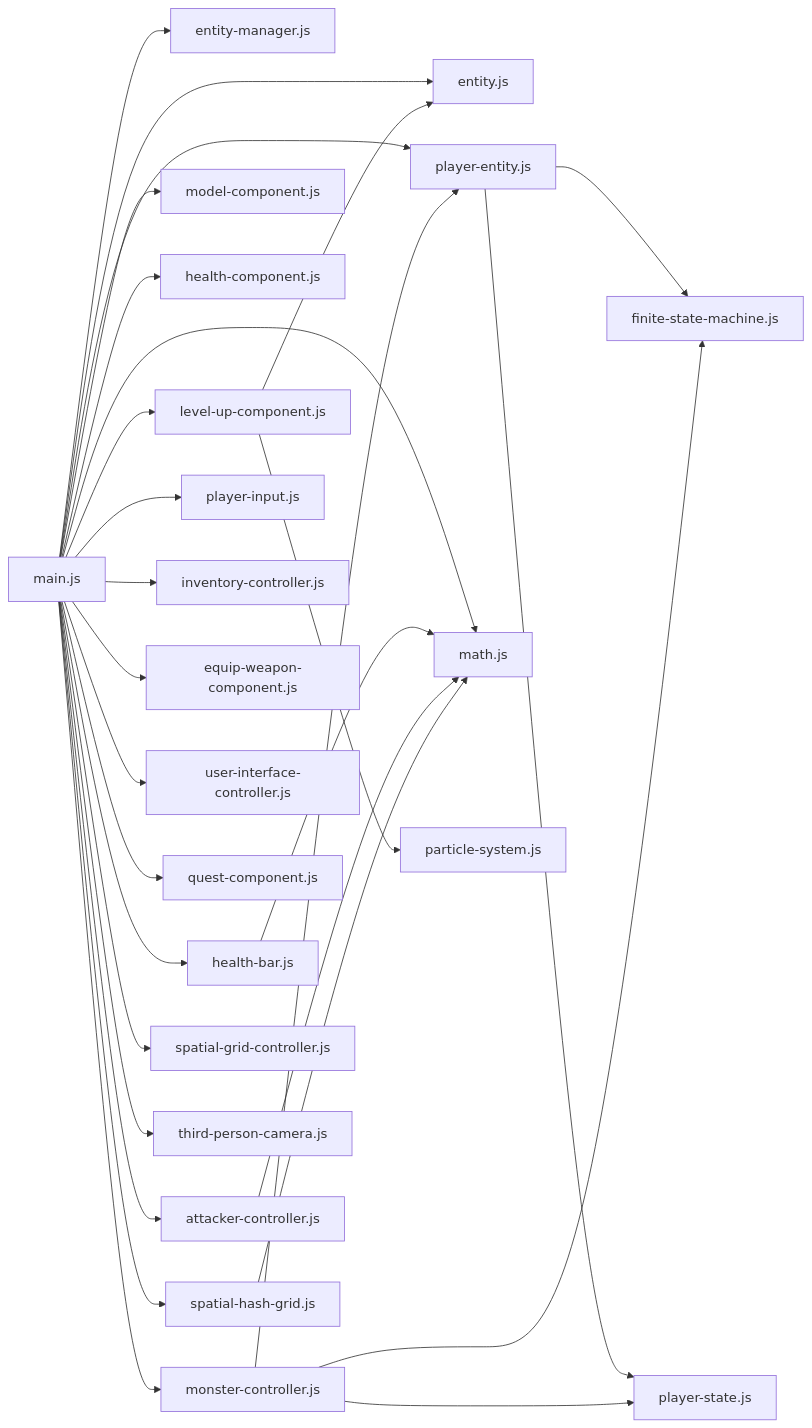
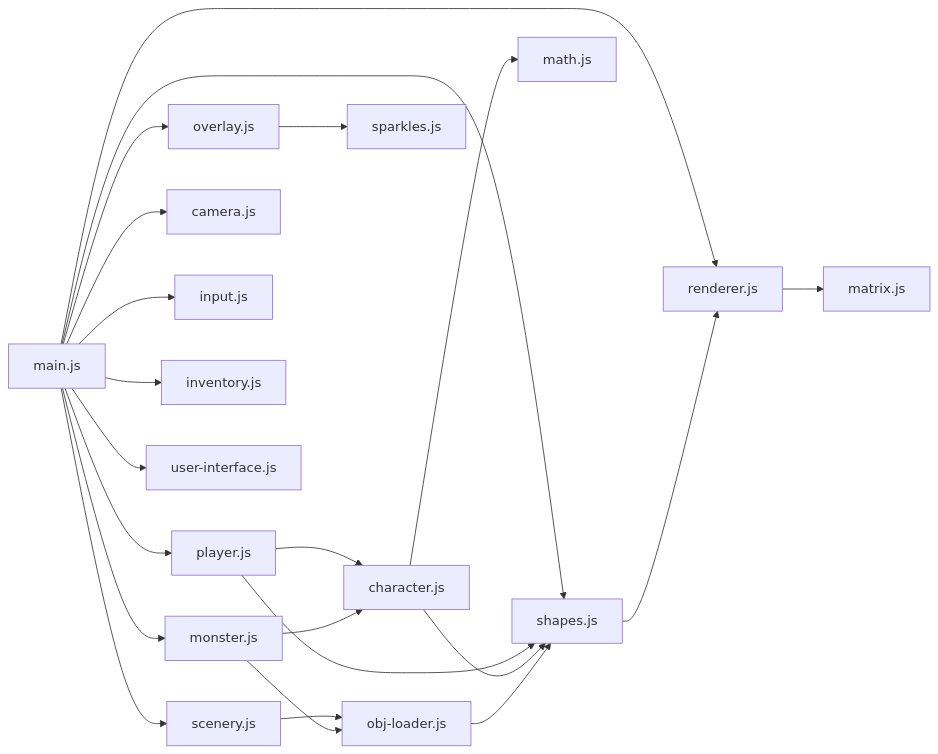
One commit to rockie-yang/Quick_3D_RPG changed the second of 2 diagrams in docs/03-architecture.md. Above: the diagram before and after it, drawn with Mermaid. The commit also changed other lines of this file and 48 other files, not shown here.

First line of the commit message:
Replace three.js with a small WebGPU renderer; simplify the architecture

````diff
--- a/docs/03-architecture.md
+++ b/docs/03-architecture.md
@@ -182,53 +106,19 @@
 ```mermaid
 flowchart LR
-    Main["main.js"]
-    Entity["entity.js"]
-    EntityManager["entity-manager.js"]
-    SpatialHashGrid["spatial-hash-grid.js"]
-    PlayerEntity["player-entity.js"]
-    MonsterController["monster-controller.js"]
-    ModelComponent["model-component.js"]
-    HealthComponent["health-component.js"]
-    HealthBar["health-bar.js"]
-    AttackerController["attacker-controller.js"]
-    PlayerInput["player-input.js"]
-    InventoryController["inventory-controller.js"]
-    EquipWeaponComponent["equip-weapon-component.js"]
-    UserInterfaceController["user-interface-controller.js"]
-    QuestComponent["quest-component.js"]
-    LevelUpComponent["level-up-component.js"]
-    SpatialGridController["spatial-grid-controller.js"]
-    ThirdPersonCamera["third-person-camera.js"]
-    Math["math.js"]
-    FiniteStateMachine["finite-state-machine.js"]
-    PlayerState["player-state.js"]
-    ParticleSystem["particle-system.js"]
-    Main --> Entity
-    Main --> EntityManager
-    Main --> SpatialHashGrid
-    Main --> PlayerEntity
-    Main --> MonsterController
-    Main --> ModelComponent
-    Main --> HealthComponent
-    Main --> HealthBar
-    Main --> AttackerController
-    Main --> PlayerInput
-    Main --> InventoryController
-    Main --> EquipWeaponComponent
-    Main --> UserInterfaceController
-    Main --> QuestComponent
-    Main --> LevelUpComponent
-    Main --> SpatialGridController
-    Main --> ThirdPersonCamera
-    Main --> Math
-    PlayerEntity --> FiniteStateMachine
-    PlayerEntity --> PlayerState
-    MonsterController --> FiniteStateMachine
-    MonsterController --> PlayerState
-    MonsterController --> PlayerEntity
-    LevelUpComponent --> ParticleSystem
-    LevelUpComponent --> Entity
-    HealthBar --> Math
-    AttackerController --> Math
-    SpatialHashGrid --> Math
+    Main["main.js"] --> Renderer["renderer.js"] --> Matrix["matrix.js"]
+    Main --> Scenery["scenery.js"] --> ObjLoader["obj-loader.js"]
+    Main --> Player["player.js"] --> Character["character.js"]
+    Main --> Monster["monster.js"] --> Character
+    Monster --> ObjLoader
+    Main --> Camera["camera.js"]
+    Main --> Input["input.js"]
+    Main --> Inventory["inventory.js"]
+    Main --> UserInterface["user-interface.js"]
+    Main --> Overlay["overlay.js"] --> Sparkles["sparkles.js"]
+    Main --> Shapes["shapes.js"]
+    Player --> Shapes
+    Character --> Shapes
+    Shapes --> Renderer
+    ObjLoader --> Shapes
+    Character --> MathFile["math.js"]
 ```
````
